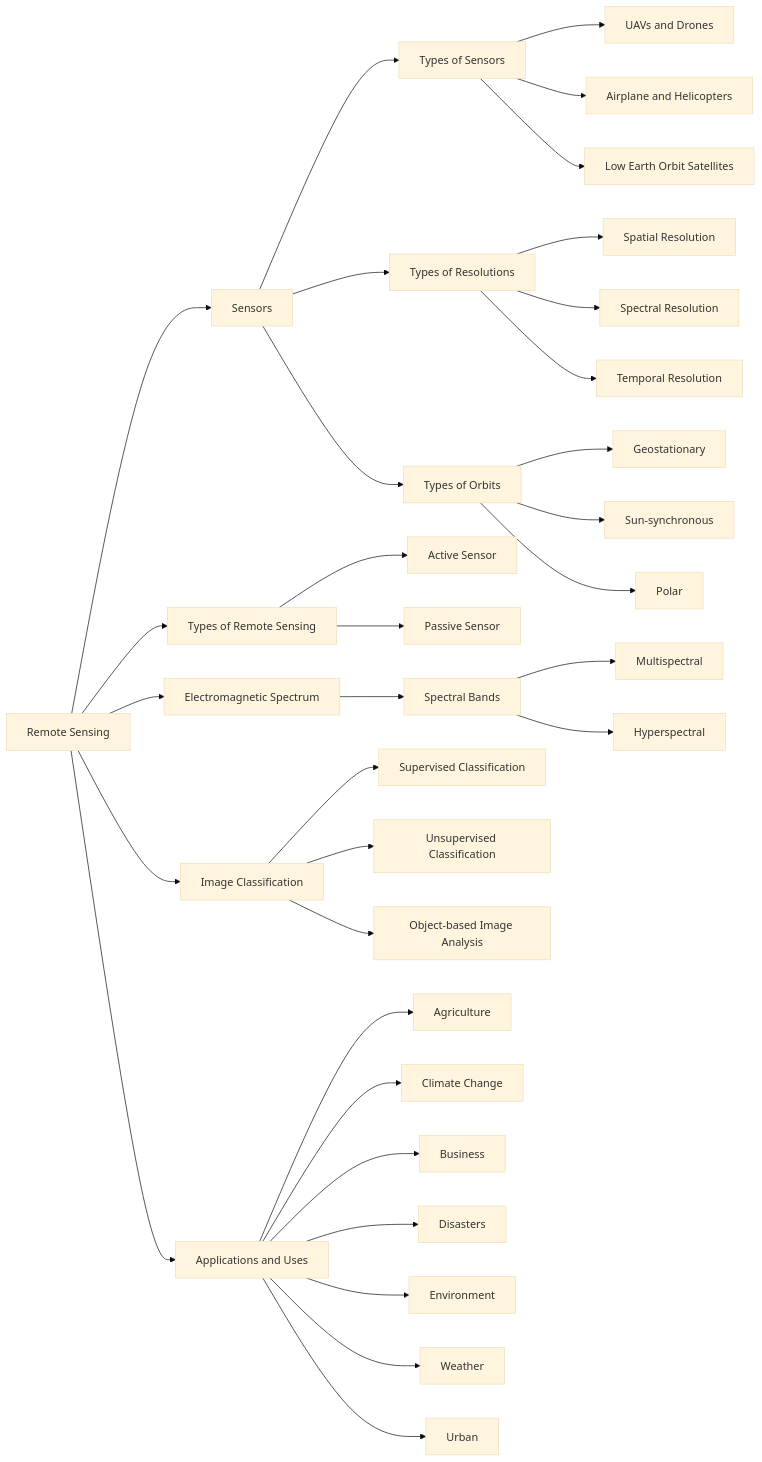
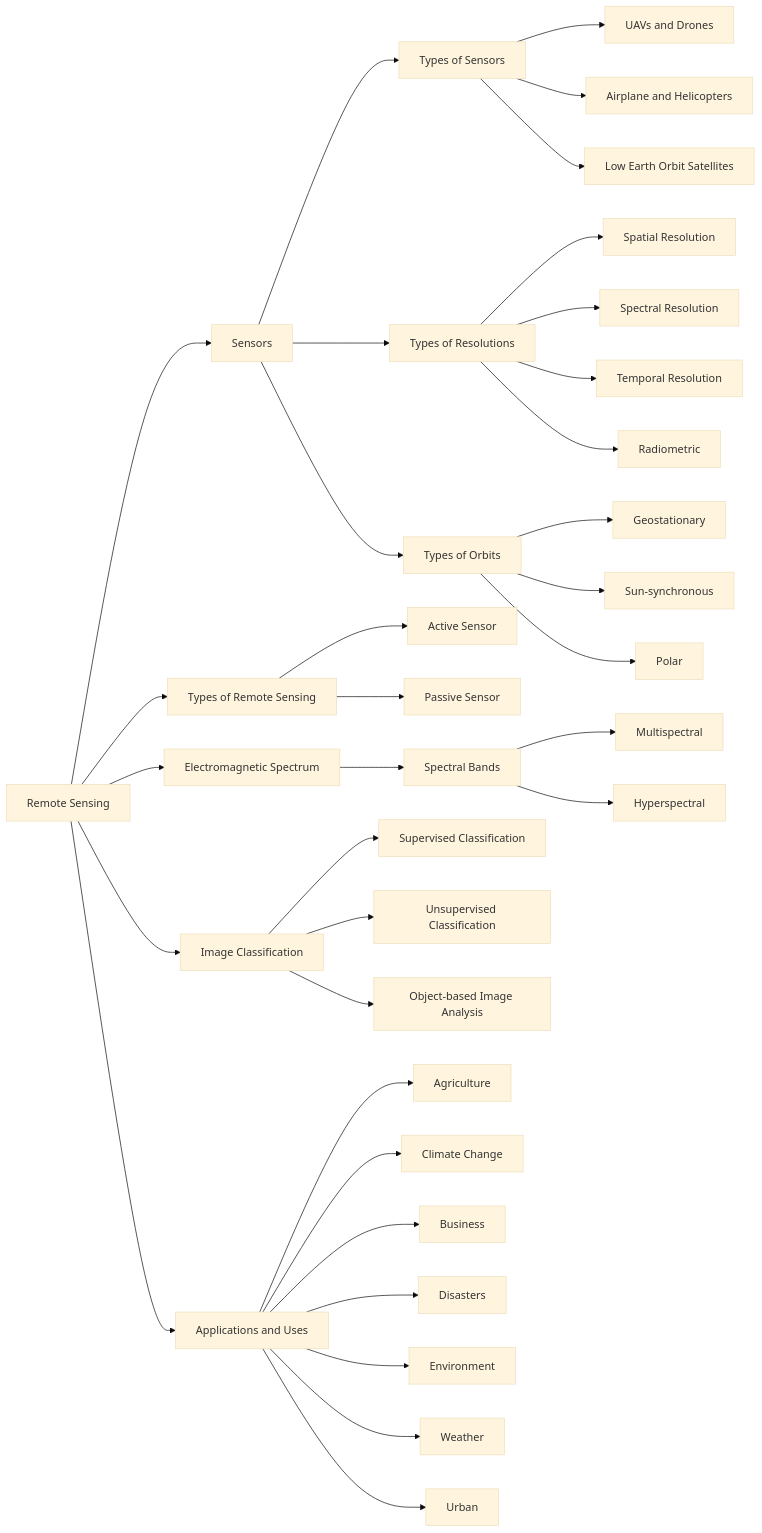
One commit to ListianingrumR/remote-sensing changed the diagram in week1.qmd. Above: the diagram before and after it, drawn with Mermaid (base theme). The commit also changed other lines of this file and 2 other files, not shown here.

````diff
--- a/week1.qmd
+++ b/week1.qmd
@@ -5,35 +5,36 @@
 ```{mermaid}
 flowchart LR;
     id1[Remote Sensing]-->id11[Sensors];
       id11-->id111[Types of Sensors];
         id111-->id1111[UAVs and Drones];
         id111-->id1112[Airplane and Helicopters];
         id111-->id1113[Low Earth Orbit Satellites];
       id11-->id112[Types of Resolutions];
         id112-->id1121[Spatial Resolution];
         id112-->id1122[Spectral Resolution];
         id112-->id1123[Temporal Resolution];
+        id112-->id1124[Radiometric]
       id11-->id115[Types of Orbits];
         id115-->id1151[Geostationary];
         id115-->id1152[Sun-synchronous];
         id115-->id1153[Polar];
     id1-->id12[Types of Remote Sensing];
       id12-->id121[Active Sensor];
       id12-->id122[Passive Sensor];
     id1-->id13[Electromagnetic Spectrum];
       id13-->id131[Spectral Bands];
         id131-->id1311[Multispectral];
         id131-->id1312[Hyperspectral];
     id1-->id14[Image Classification];
       id14-->id141[Supervised Classification];
       id14-->id142[Unsupervised Classification];
       id14-->id143[Object-based Image Analysis];
     id1-->id15[Applications and Uses];
       id15-->id151[Agriculture];
       id15-->id152[Climate Change];
       id15-->id153[Business];
       id15-->id154[Disasters];
       id15-->id155[Environment];
       id15-->id156[Weather];
       id15-->id157[Urban];
 ```
````
